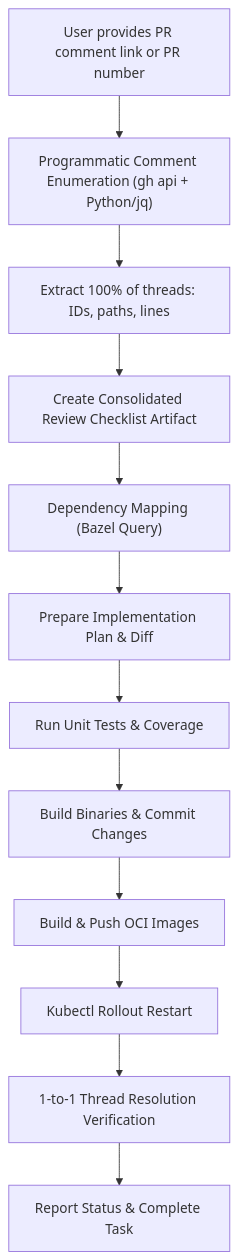
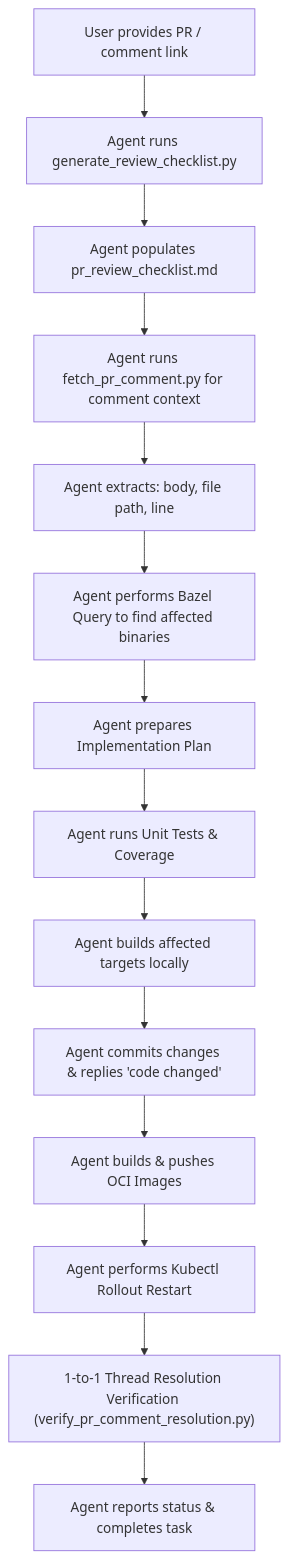
One commit to google/xmc changed the diagram in .agents/skills/address_pr_comment/SKILL.md. Above: the diagram before and after it, drawn with Mermaid. The commit also changed other lines of this file and 5 other files, not shown here.

First line of the commit message:
Add automated PR review checklist generation tool and update agent guidelines

````diff
--- a/.agents/skills/address_pr_comment/SKILL.md
+++ b/.agents/skills/address_pr_comment/SKILL.md
@@ -10,14 +10,16 @@
 ```mermaid
 graph TD
-    A["User provides PR comment link or PR number"] --> B["Programmatic Comment Enumeration (gh api + Python/jq)"]
-    B --> C["Extract 100% of threads: IDs, paths, lines"]
-    C --> D["Create Consolidated Review Checklist Artifact"]
-    D --> E["Dependency Mapping (Bazel Query)"]
-    E --> F["Prepare Implementation Plan & Diff"]
-    F --> G["Run Unit Tests & Coverage"]
-    G --> H["Build Binaries & Commit Changes"]
-    H --> I["Build & Push OCI Images"]
-    I --> J["Kubectl Rollout Restart"]
-    J --> K["1-to-1 Thread Resolution Verification"]
-    K --> L["Report Status & Complete Task"]
+    A["User provides PR / comment link"] --> B["Agent runs generate_review_checklist.py"]
+    B --> C["Agent populates pr_review_checklist.md"]
+    C --> D["Agent runs fetch_pr_comment.py for comment context"]
+    D --> E["Agent extracts: body, file path, line"]
+    E --> F["Agent performs Bazel Query to find affected binaries"]
+    F --> G["Agent prepares Implementation Plan"]
+    G --> H["Agent runs Unit Tests & Coverage"]
+    H --> I["Agent builds affected targets locally"]
+    I --> J["Agent commits changes & replies 'code changed'"]
+    J --> K["Agent builds & pushes OCI Images"]
+    K --> L["Agent performs Kubectl Rollout Restart"]
+    L --> M["1-to-1 Thread Resolution Verification (verify_pr_comment_resolution.py)"]
+    M --> N["Agent reports status & completes task"]
 ```
````
